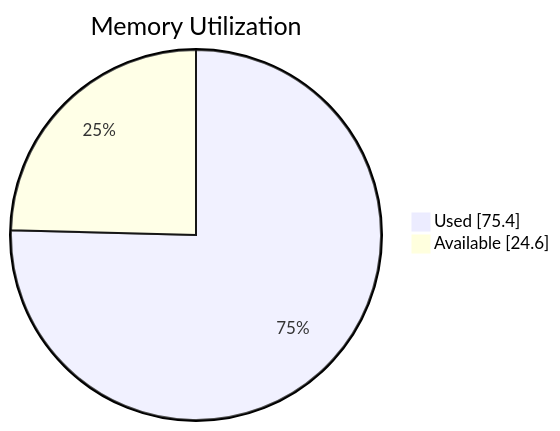
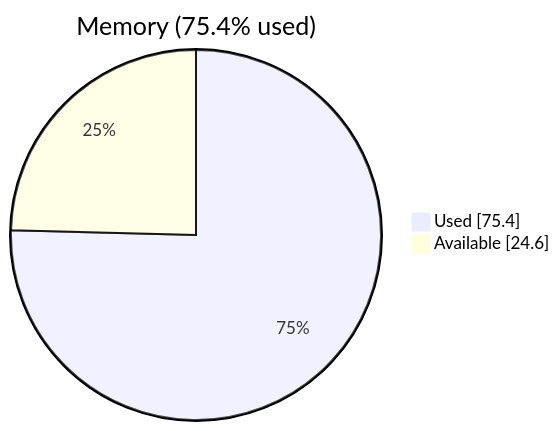
The third of 3 diagrams in README.md (tsviz/actions-runner-telemetry), drawn with Mermaid before and after one commit. The commit also changed other lines of this file and 2 other files, not shown here.

Commit message:
docs: add demo gif, example reports link, and optimize pie chart layout

````diff
--- a/README.md
+++ b/README.md
@@ -76,5 +83,5 @@
 ```mermaid
-pie showData title Memory Utilization
+pie showData title Memory (75.4% used)
     "Used" : 75.4
     "Available" : 24.6
 ```
````
